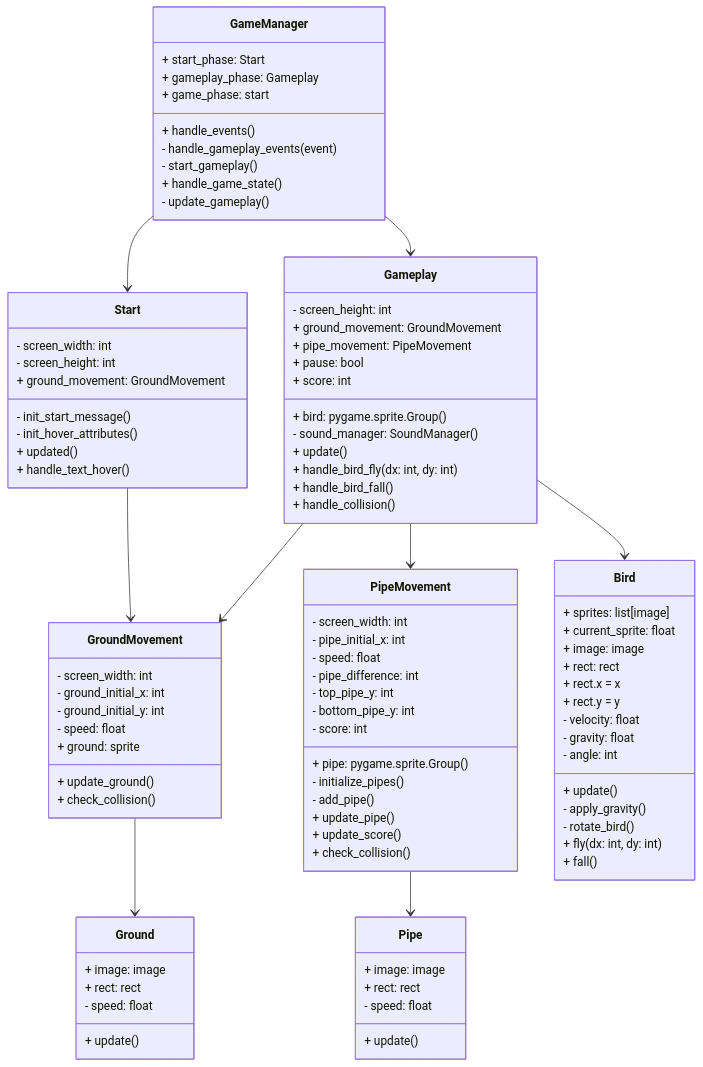
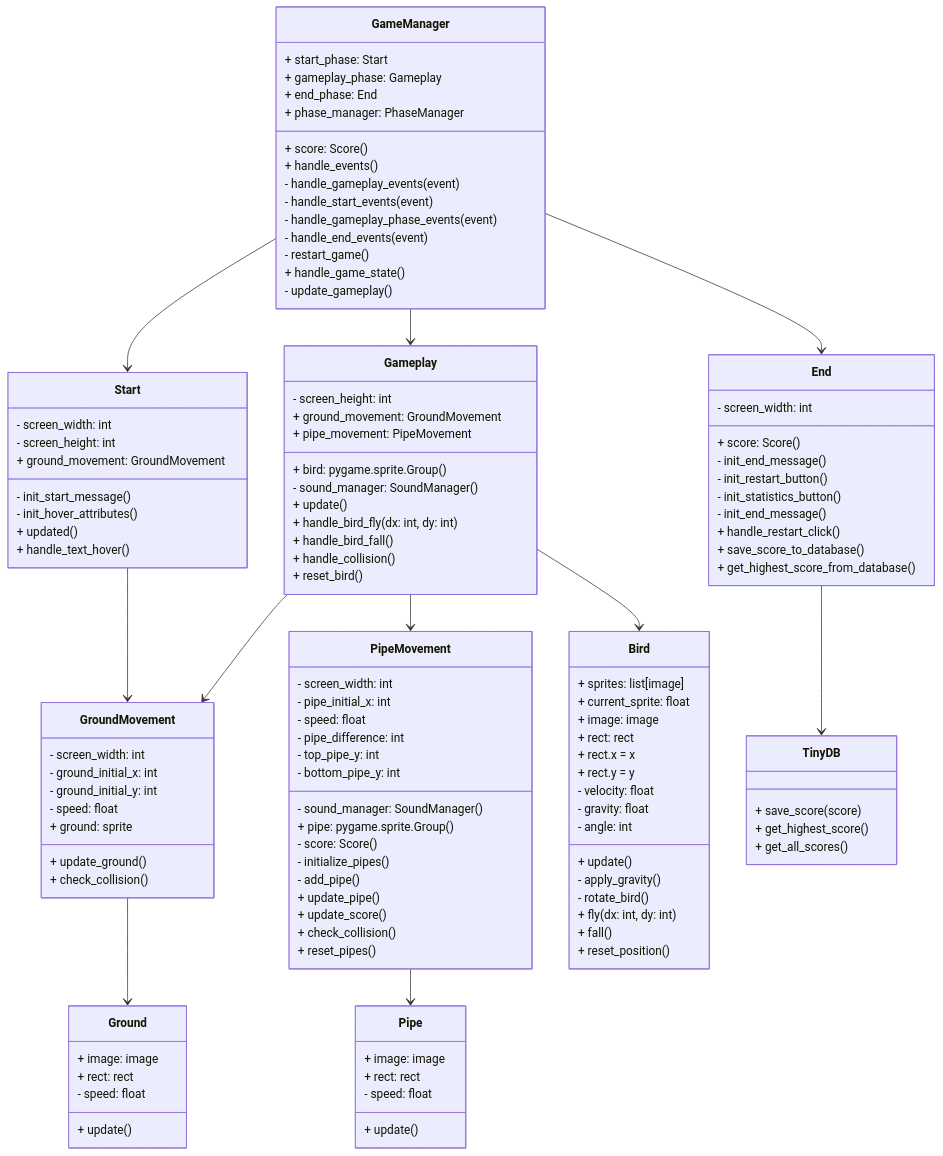
One commit to LerkkaP/flappy-bird changed the first of 2 diagrams in dokumentaatio/arkkitehtuuri.md. Above: the diagram before and after it, drawn with Mermaid. The commit also changed 5 other files, not shown here.

Commit message:
update sequence diagram

````diff
--- a/dokumentaatio/arkkitehtuuri.md
+++ b/dokumentaatio/arkkitehtuuri.md
@@ -6,6 +6,7 @@
 classDiagram
     GameManager --> Start
     GameManager --> Gameplay
+    GameManager --> End
 
     Gameplay --> GroundMovement
     Gameplay --> PipeMovement
@@ -15,13 +16,20 @@
     PipeMovement --> Pipe
     GroundMovement --> Ground
 
+    End --> TinyDB
+
     class GameManager {
         + start_phase: Start
         + gameplay_phase: Gameplay
-        + game_phase: start
+        + end_phase: End
+        + phase_manager: PhaseManager
+        + score: Score()
         + handle_events()
         - handle_gameplay_events(event)
-        - start_gameplay()
+        - handle_start_events(event)
+        - handle_gameplay_phase_events(event)
+        - handle_end_events(event)
+        - restart_game()
         + handle_game_state()
         - update_gameplay()
     }
@@ -42,12 +50,29 @@
         - sound_manager: SoundManager()
         + ground_movement: GroundMovement
         + pipe_movement: PipeMovement
-        + pause: bool
-        + score: int
         + update()
         + handle_bird_fly(dx: int, dy: int)
         + handle_bird_fall()
         + handle_collision()
+        + reset_bird()
+    }
+
+    class End {
+        - screen_width: int
+        + score: Score()
+        - init_end_message()
+        - init_restart_button()
+        - init_statistics_button()
+        - init_end_message()
+        + handle_restart_click()
+        + save_score_to_database()
+        + get_highest_score_from_database()
+    }
+
+    class TinyDB {
+        + save_score(score)
+        + get_highest_score()
+        + get_all_scores()
     }
 
     class GroundMovement {
@@ -67,13 +92,15 @@
         - pipe_difference: int
         - top_pipe_y: int
         - bottom_pipe_y: int
+        - sound_manager: SoundManager()
         + pipe: pygame.sprite.Group()
-        - score: int
+        - score: Score()
         - initialize_pipes()
         - add_pipe()
         + update_pipe()
         + update_score()
         + check_collision()
+        + reset_pipes()
     }
 
     class Pipe {
@@ -105,6 +132,8 @@
         - rotate_bird()
         + fly(dx: int, dy: int)
         + fall()
+        + reset_position()
+
     }
 
 ```
````
